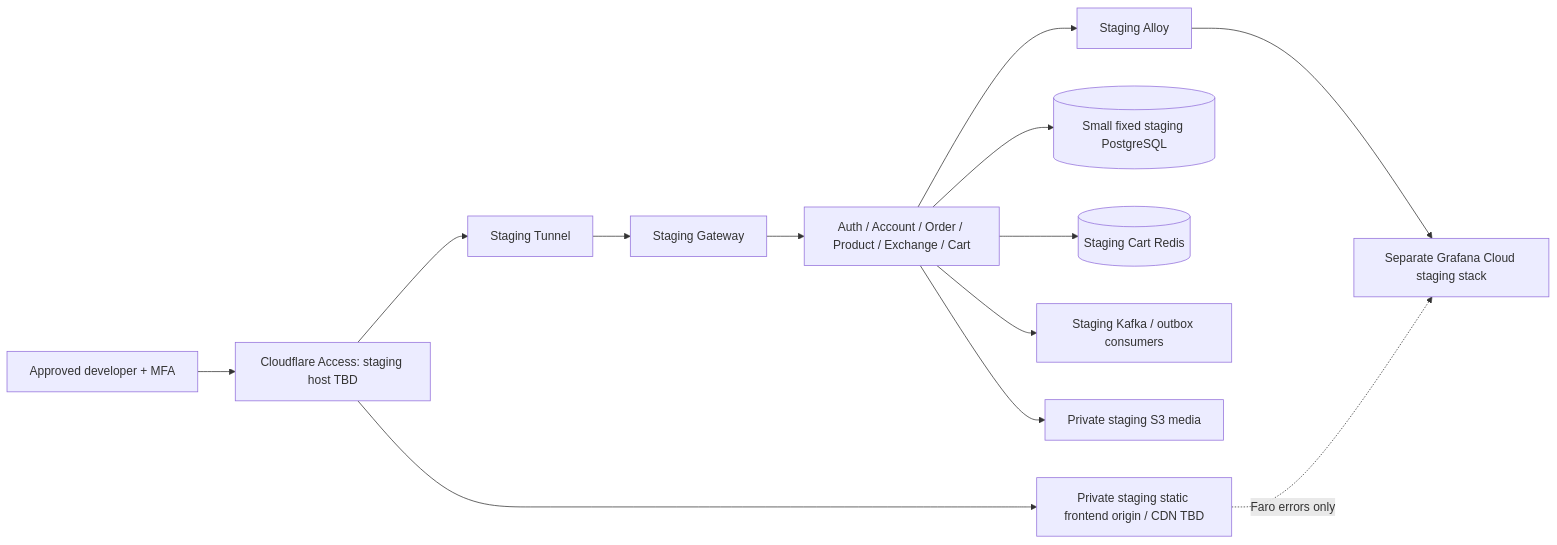
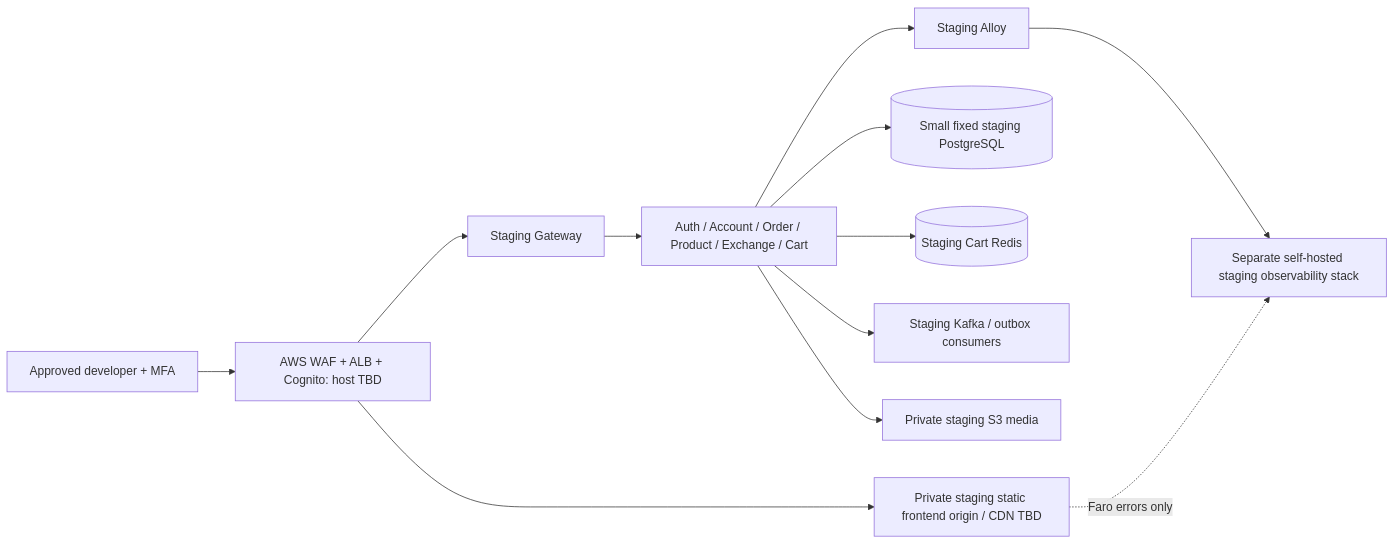
One commit to Microsserv52/platform changed the diagram in docs/infrastructure/staging.md. Above: the diagram before and after it, drawn with Mermaid. The commit also changed other lines of this file and 57 other files, not shown here.

First line of the commit message:
feat(observability): self-host the full stack with OTel and Faro

````diff
--- a/docs/infrastructure/staging.md
+++ b/docs/infrastructure/staging.md
@@ -64,15 +65,14 @@
 ```mermaid
 flowchart LR
-    developer[Approved developer + MFA] --> access[Cloudflare Access: staging host TBD]
+    developer[Approved developer + MFA] --> access[AWS WAF + ALB + Cognito: host TBD]
     access --> web[Private staging static frontend origin / CDN TBD]
-    access --> tunnel[Staging Tunnel]
-    tunnel --> gateway[Staging Gateway]
+    access --> gateway[Staging Gateway]
     gateway --> services[Auth / Account / Order / Product / Exchange / Cart]
     services --> db[(Small fixed staging PostgreSQL)]
     services --> redis[(Staging Cart Redis)]
     services --> kafka[Staging Kafka / outbox consumers]
     services --> media[Private staging S3 media]
     services --> alloy[Staging Alloy]
-    alloy --> grafana[Separate Grafana Cloud staging stack]
+    alloy --> grafana[Separate self-hosted staging observability stack]
     web -. Faro errors only .-> grafana
 ```
````
